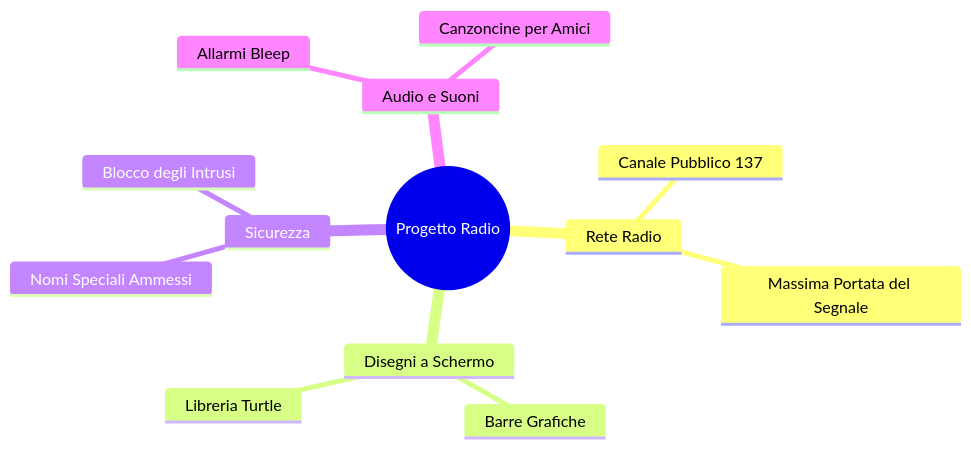
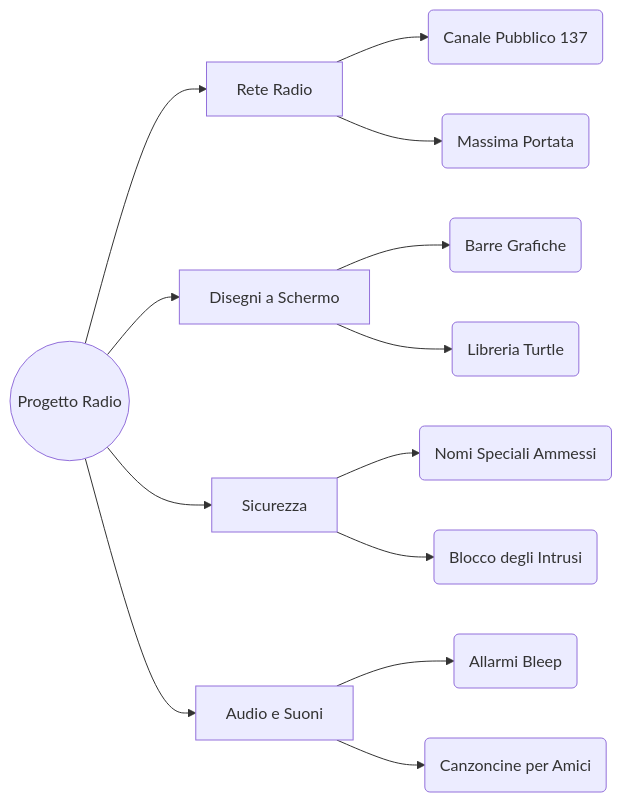
The fourth of 4 diagrams in README.md (pgiudici13/MicrobitRadiov3), drawn with Mermaid before and after one commit.

Commit message:
Update diagram format in README.md

````diff
--- a/README.md
+++ b/README.md
@@ -84,16 +84,19 @@
 ```mermaid
-mindmap
-  root((Progetto Radio))
-    Rete Radio
-      Canale Pubblico 137
-      Massima Portata del Segnale
-    Disegni a Schermo
-      Barre Grafiche
-      Libreria Turtle
-    Sicurezza
-      Nomi Speciali Ammessi
-      Blocco degli Intrusi
-    Audio e Suoni
-      Allarmi Bleep
-      Canzoncine per Amici
+flowchart LR
+    Root((Progetto Radio)) --> Rete[Rete Radio]
+    Root --> Vista[Disegni a Schermo]
+    Root --> Sec[Sicurezza]
+    Root --> Audio[Audio e Suoni]
+    
+    Rete --> R1(Canale Pubblico 137)
+    Rete --> R2(Massima Portata)
+    
+    Vista --> V1(Barre Grafiche)
+    Vista --> V2(Libreria Turtle)
+    
+    Sec --> S1(Nomi Speciali Ammessi)
+    Sec --> S2(Blocco degli Intrusi)
+    
+    Audio --> A1(Allarmi Bleep)
+    Audio --> A2(Canzoncine per Amici)
 ```
````
